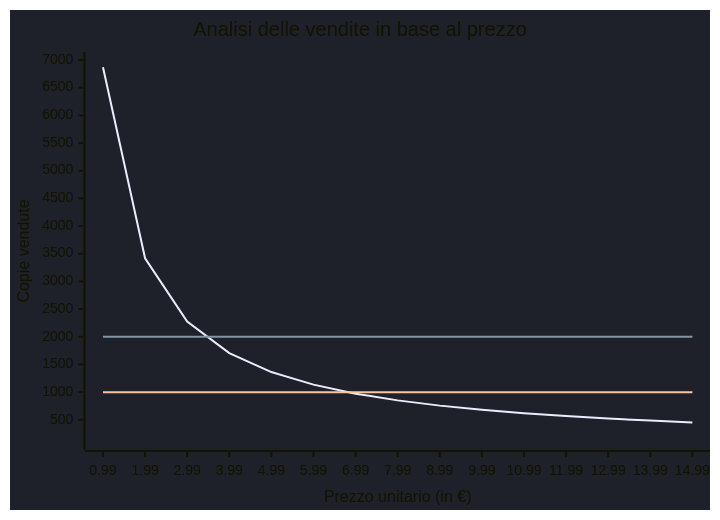
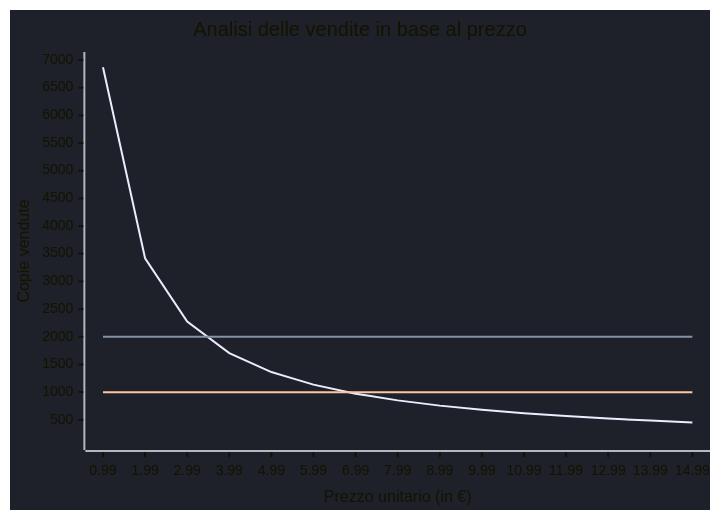
One commit to FilippoGurioli/super-chasm-hunter-pm changed the diagram in docs/Allegati/3 - Analisi Finanziaria.md. Above: the diagram before and after it, drawn with Mermaid.

Commit message:
refactor: change chart line color

````diff
--- a/docs/Allegati/3 - Analisi Finanziaria.md
+++ b/docs/Allegati/3 - Analisi Finanziaria.md
@@ -31,15 +31,17 @@
 ```mermaid
 ---
 config:
     themeVariables:
         xyChart:
             backgroundColor: "#1E2129"
+            xAxisLineColor: "#B4B7C0"
+            yAxisLineColor: "#B4B7C0"
 ---
 xychart-beta
     title "Analisi delle vendite in base al prezzo"
     x-axis "Prezzo unitario (in €)" [0.99,1.99,2.99,3.99,4.99,5.99,6.99,7.99,8.99,9.99,10.99,11.99,12.99,13.99,14.99]
     y-axis "Copie vendute" 100 --> 7000
     line [6869,3418,2275,1705,1363,1136,973,852,757,681,619,568,524,487,454,426,401]
     line [2000,2000,2000,2000,2000,2000,2000,2000,2000,2000,2000,2000,2000,2000,2000]
     line [1000,1000,1000,1000,1000,1000,1000,1000,1000,1000,1000,1000,1000,1000,1000]
 ```
````
